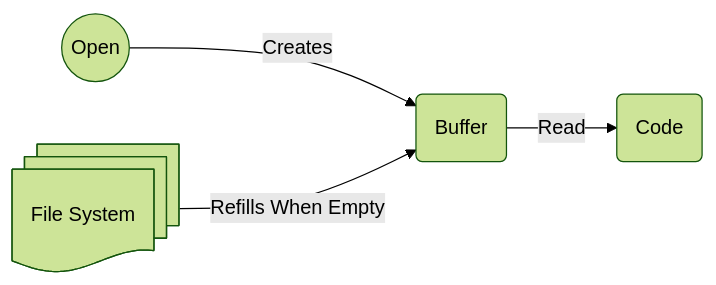
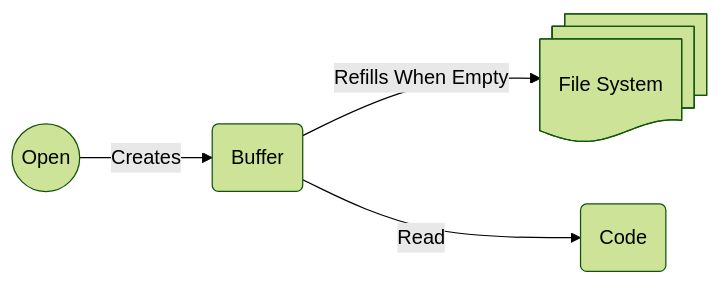
Before and after one commit to andrew-pyle/HU-COMP-1510: the fifth of 6 diagrams in files.md, drawn with Mermaid (forest theme). The commit also changed other lines of this file, not shown here.

````diff
--- a/files.md
+++ b/files.md
@@ -610,11 +412,11 @@
 ```mermaid
 flowchart LR
 
-C@{shape: docs, label: File System}
+F@{shape: docs, label: File System}
 A(Code)
 B(Buffer)
 O((Open))
 O-- Creates -->B
-C-- Refills When Empty -->B
+B-- Refills When Empty -->F
 B-- Read -->A
 ```
````
